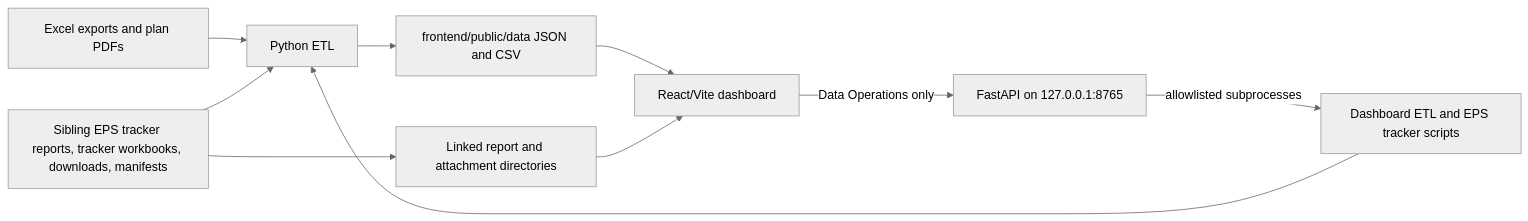
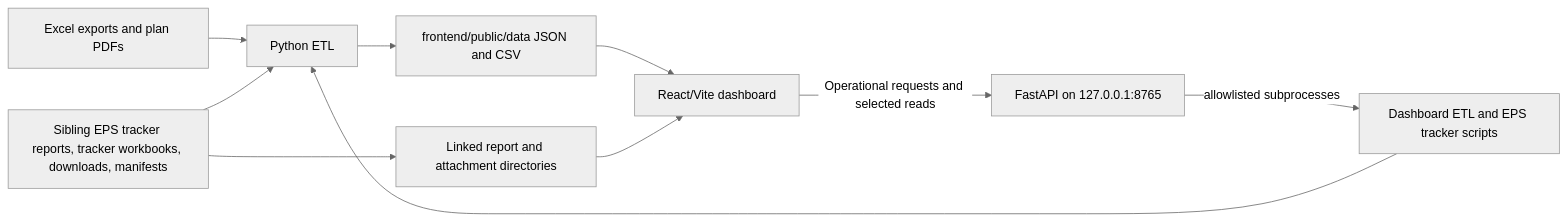
Before and after one commit to akaAminZhi/IAD6_Infralink_dashboard: the diagram in ARCHITECTURE.md, drawn with Mermaid (neutral theme). The commit also changed other lines of this file and 17 other files, not shown here.

````diff
--- a/ARCHITECTURE.md
+++ b/ARCHITECTURE.md
@@ -124,12 +22,12 @@
 ```mermaid
 flowchart LR
     A[Excel exports and plan PDFs] --> B[Python ETL]
     X[Sibling EPS tracker reports, tracker workbooks, downloads, manifests] --> B
     B --> C[frontend/public/data JSON and CSV]
     C --> D[React/Vite dashboard]
     X --> E[Linked report and attachment directories]
     E --> D
-    D -->|Data Operations only| F[FastAPI on 127.0.0.1:8765]
+    D -->|Operational requests and selected reads| F[FastAPI on 127.0.0.1:8765]
     F -->|allowlisted subprocesses| G[Dashboard ETL and EPS tracker scripts]
     G --> B
 ```
````
